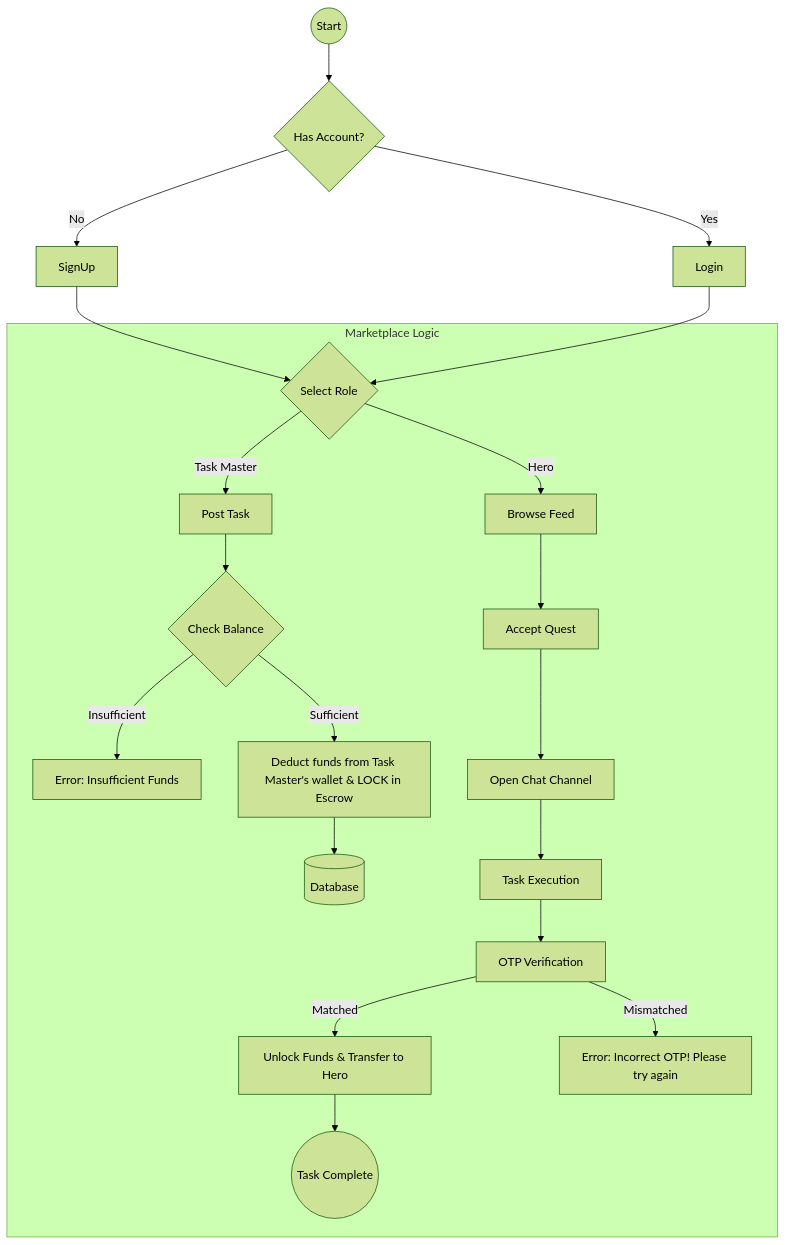
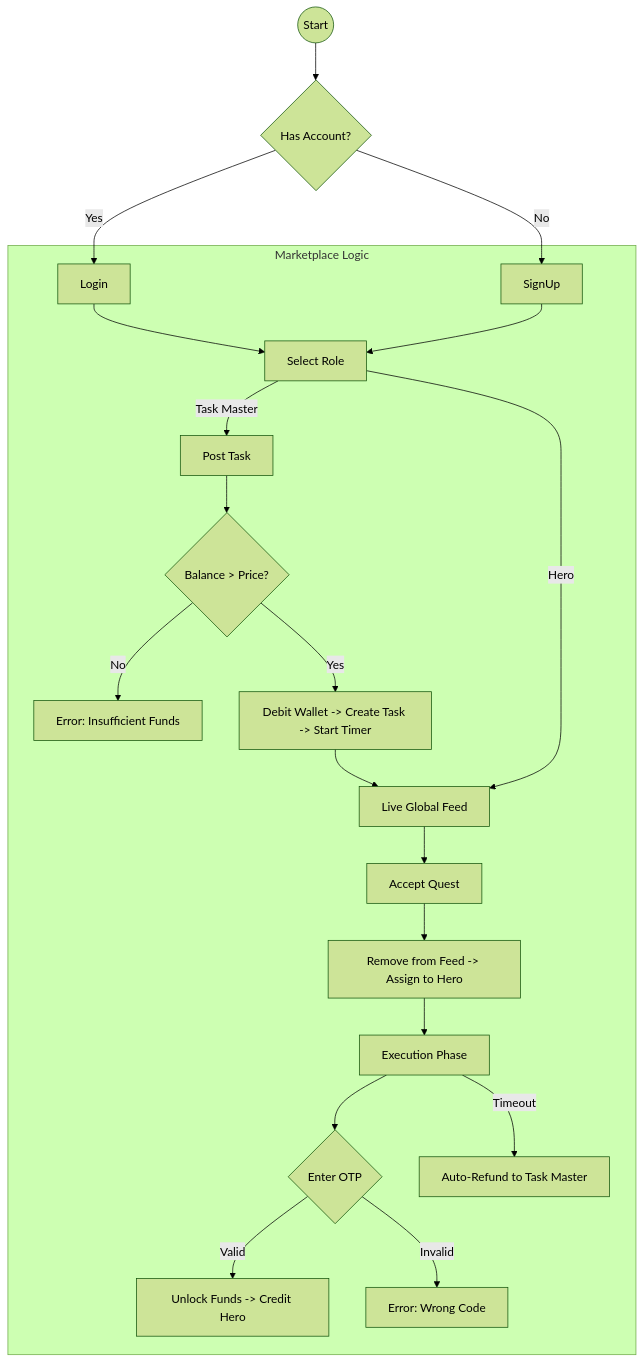
One commit to arupdhara/arup-demo changed the second of 4 diagrams in TECHNICAL_ARCHITECTURE.md. Above: the diagram before and after it, drawn with Mermaid (forest theme). The commit also changed other lines of this file, not shown here.

````diff
--- a/TECHNICAL_ARCHITECTURE.md
+++ b/TECHNICAL_ARCHITECTURE.md
@@ -16,29 +20,34 @@
 ```mermaid
 graph TD
     Start((Start)) --> Auth{Has Account?}
     Auth -- No --> SignUp
     Auth -- Yes --> Login[Login]
 
-    SignUp --> Dashboard{Select Role}    
-    Login --> Dashboard
-    
     subgraph "Marketplace Logic"
+        Login --> Dashboard[Select Role]
+        SignUp --> Dashboard 
+        
+        
+        %% Posting Flow
         Dashboard -- Task Master --> Post[Post Task]
-        Dashboard -- Hero --> Feed[Browse Feed]
+        Post --> Check{Balance > Price?}
+        Check -- No --> Fail[Error: Insufficient Funds]
+        Check -- Yes --> Lock[Debit Wallet -> Create Task -> Start Timer]
         
-        Post --> Deduct{Check Balance}
-        Deduct -- Insufficient --> Fail[Error: Insufficient Funds]
-        Deduct -- Sufficient --> Lock[Deduct funds from Task Master's wallet & LOCK in Escrow]
-        Lock --> DB[(Database)]
+        %% Hero Flow
+        Lock --> Feed[Live Global Feed]
+        Dashboard -- Hero --> Feed
+        Feed --> Accept[Accept Quest]
+        Accept --> Remove[Remove from Feed -> Assign to Hero]
         
-        Feed --> Accept[Accept Quest]        
-        Accept --> Chat[Open Chat Channel]
-        Chat --> Execute[Task Execution]
-        Execute --> OTP[OTP Verification]
+        %% Completion Flow
+        Remove --> Execute[Execution Phase]
+        Execute --> Verify{Enter OTP}
         
-        %% Financial Step 2
-        OTP -- Matched --> Release[Unlock Funds & Transfer to Hero]
-        OTP -- Mismatched --> Denied[Error: Incorrect OTP! Please try again]
-        Release --> Finish((Task Complete))
+        Verify -- Valid --> Success[Unlock Funds -> Credit Hero]
+        Verify -- Invalid --> Retry[Error: Wrong Code]
+        
+        %% Auto-Refund Logic
+        Execute -- Timeout --> Refund[Auto-Refund to Task Master]
     end
 ```
````
